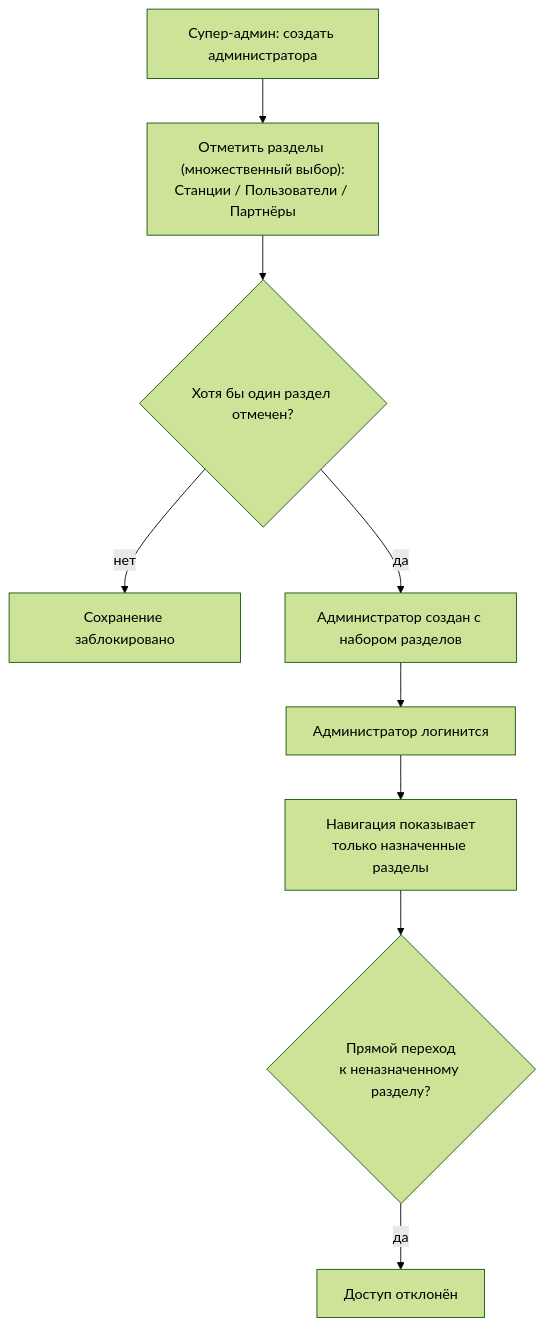
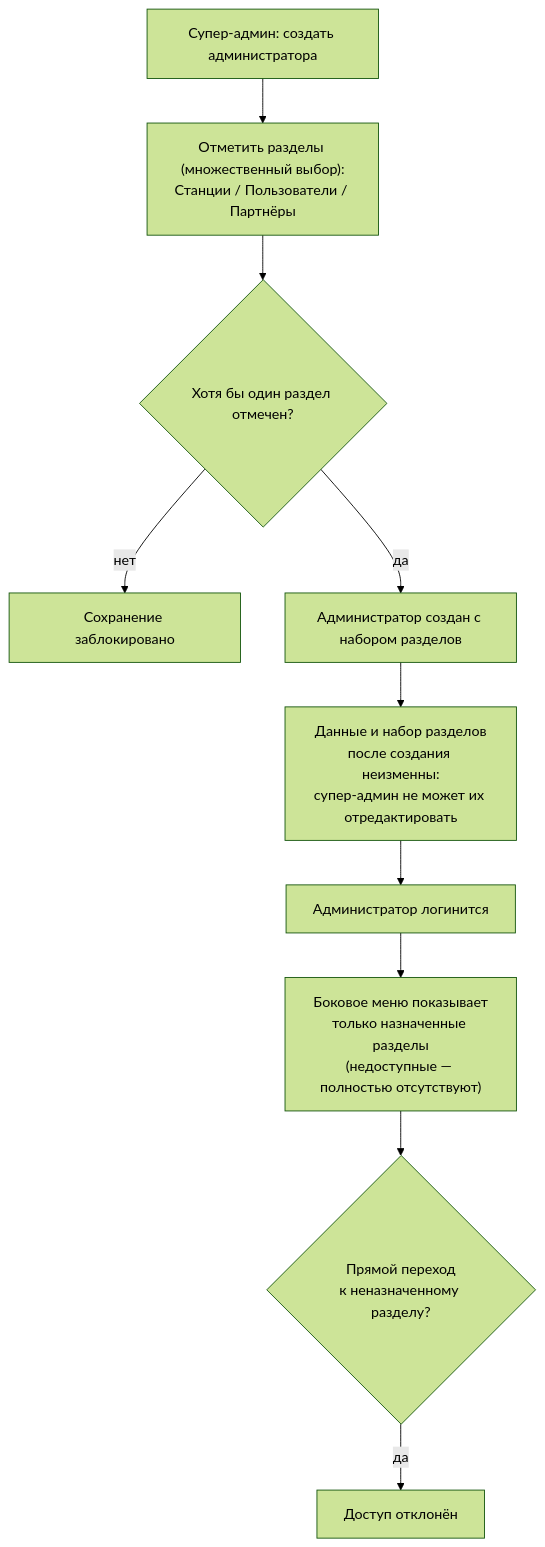
The first of 3 diagrams in gozap-documentation/sa/docs/admin/admin-roles/diagrams/overview.md (yatsin11-gif/example), drawn with Mermaid (forest theme) before and after one commit. The commit also changed other lines of this file and 7 other files, not shown here.

````diff
--- a/gozap-documentation/sa/docs/admin/admin-roles/diagrams/overview.md
+++ b/gozap-documentation/sa/docs/admin/admin-roles/diagrams/overview.md
@@ -7,11 +7,12 @@
 ```mermaid
 flowchart TD
     S1[Супер-админ: создать администратора] --> S2["Отметить разделы (множественный выбор):<br/>Станции / Пользователи / Партнёры"]
     S2 --> V{Хотя бы один раздел отмечен?}
     V -->|нет| ERR[Сохранение заблокировано]
     V -->|да| S3[Администратор создан с набором разделов]
-    S3 --> L[Администратор логинится]
-    L --> N[Навигация показывает<br/>только назначенные разделы]
+    S3 --> EDIT[Данные и набор разделов<br/>после создания неизменны:<br/>супер-админ не может их отредактировать]
+    EDIT --> L[Администратор логинится]
+    L --> N["Боковое меню показывает<br/>только назначенные разделы<br/>(недоступные — полностью отсутствуют)"]
     N --> D{Прямой переход<br/>к неназначенному разделу?}
     D -->|да| BLOCK[Доступ отклонён]
 ```
````
